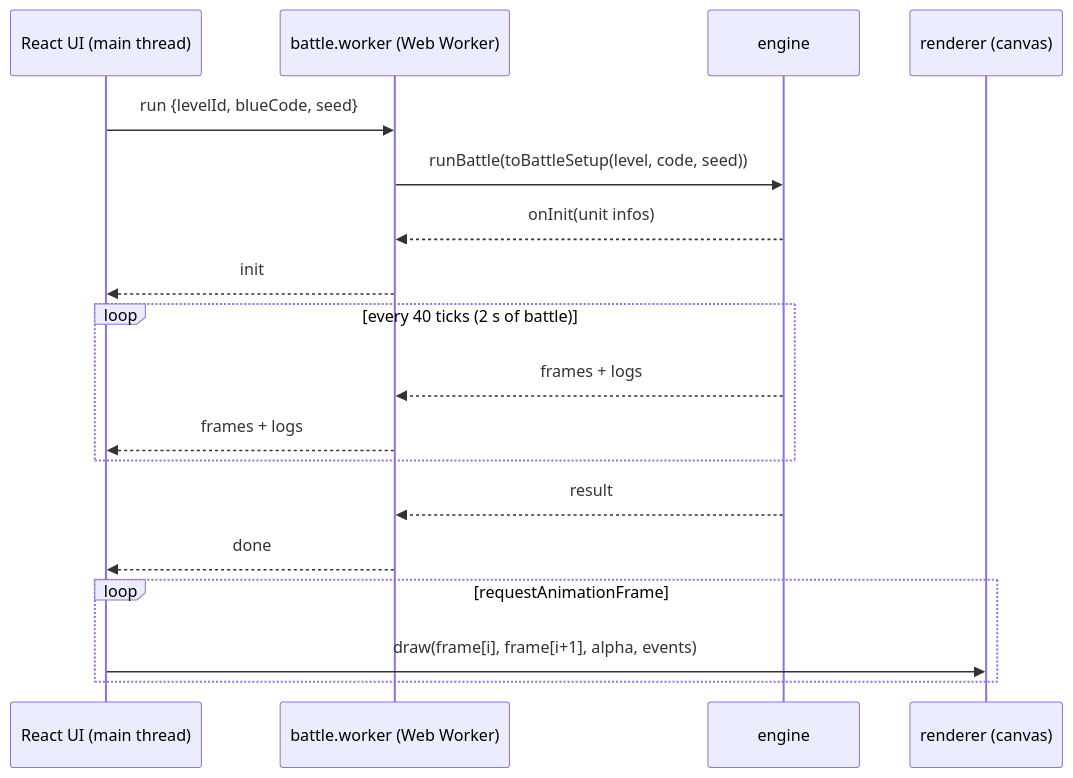
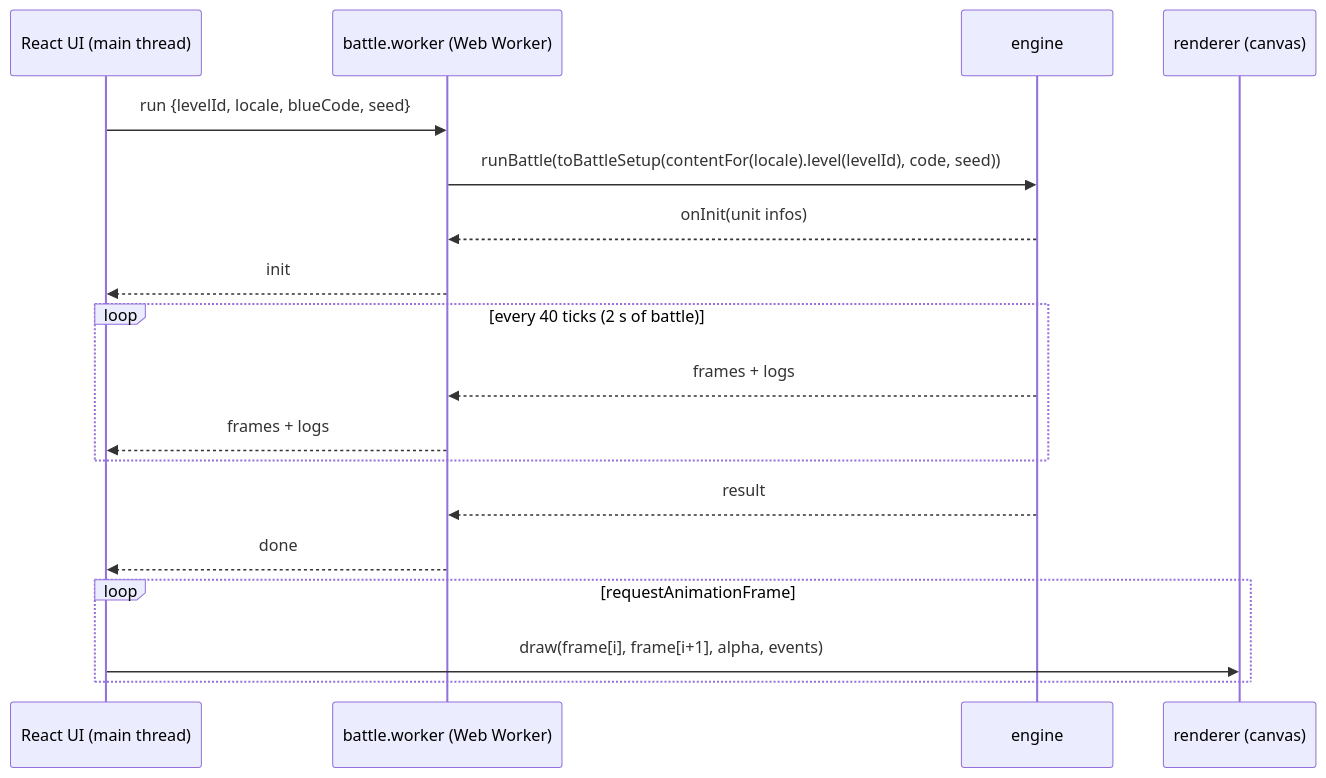
Before and after one commit to cgougui/code_royale: the third of 3 diagrams in docs/architecture.md, drawn with Mermaid. The commit also changed other lines of this file and 104 other files, not shown here.

````diff
--- a/docs/architecture.md
+++ b/docs/architecture.md
@@ -110,20 +115,20 @@
 ```mermaid
 sequenceDiagram
   participant UI as React UI (main thread)
   participant W as battle.worker (Web Worker)
   participant E as engine
   participant R as renderer (canvas)
-  UI->>W: run {levelId, blueCode, seed}
-  W->>E: runBattle(toBattleSetup(level, code, seed))
+  UI->>W: run {levelId, locale, blueCode, seed}
+  W->>E: runBattle(toBattleSetup(contentFor(locale).level(levelId), code, seed))
   E-->>W: onInit(unit infos)
   W-->>UI: init
   loop every 40 ticks (2 s of battle)
     E-->>W: frames + logs
     W-->>UI: frames + logs
   end
   E-->>W: result
   W-->>UI: done
   loop requestAnimationFrame
     UI->>R: draw(frame[i], frame[i+1], alpha, events)
   end
 ```
````
